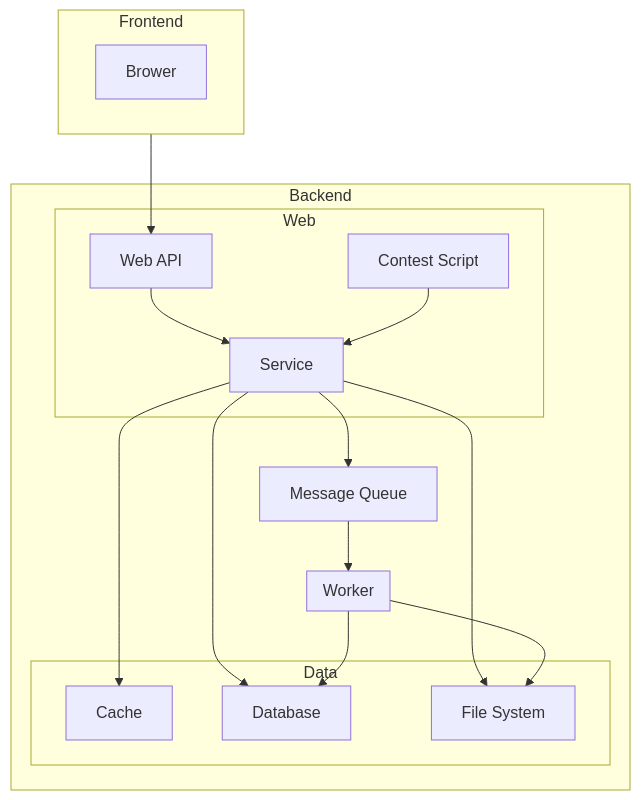
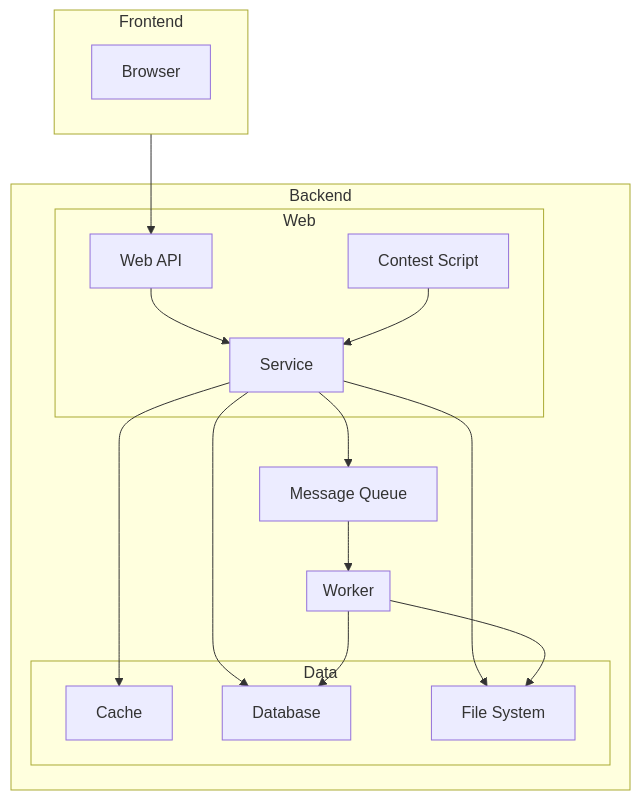
One commit to THUAI-ssast/hiper-docs changed the diagram in docs/dev/arch.zh.md. Above: the diagram before and after it, drawn with Mermaid. The commit also changed other lines of this file, not shown here.

````diff
--- a/docs/dev/arch.zh.md
+++ b/docs/dev/arch.zh.md
@@ -5,25 +5,25 @@
 ```mermaid
 graph TD
   subgraph Frontend
-    Brower
+    Browser
   end
   Frontend --> B
   subgraph Backend
     subgraph Web
     B[Web API] --> C[Service]
     D[Contest Script] --> C
     end
     C --> MQ[Message Queue]
     subgraph Worker
       
     end
     MQ --> Worker
     subgraph Data
     C --> Cache
     C --> Database
     C --> File[File System]
     end
     Worker --> Database
     Worker --> File
   end
 ```
````
